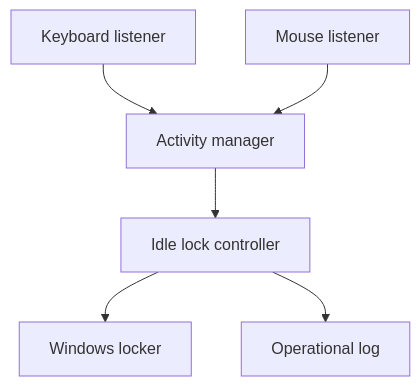
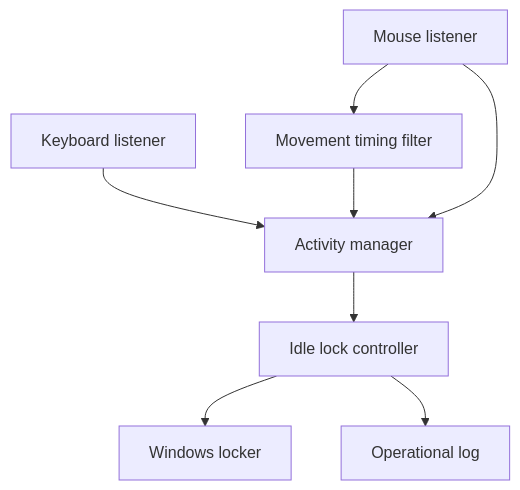
One commit to dev-collaboration-hub/sentinel-lock changed the diagram in docs/ARCHITECTURE.md. Above: the diagram before and after it, drawn with Mermaid. The commit also changed other lines of this file, not shown here.

Commit message:
Document implemented M4 movement filter

````diff
--- a/docs/ARCHITECTURE.md
+++ b/docs/ARCHITECTURE.md
@@ -19,8 +19,10 @@
 ```mermaid
 flowchart TD
     K["Keyboard listener"] --> A["Activity manager"]
-    M["Mouse listener"] --> A
+    M["Mouse listener"] --> F["Movement timing filter"]
+    F --> A
+    M --> A
     A --> C["Idle lock controller"]
     C --> L["Windows locker"]
     C --> O["Operational log"]
 ```
````
